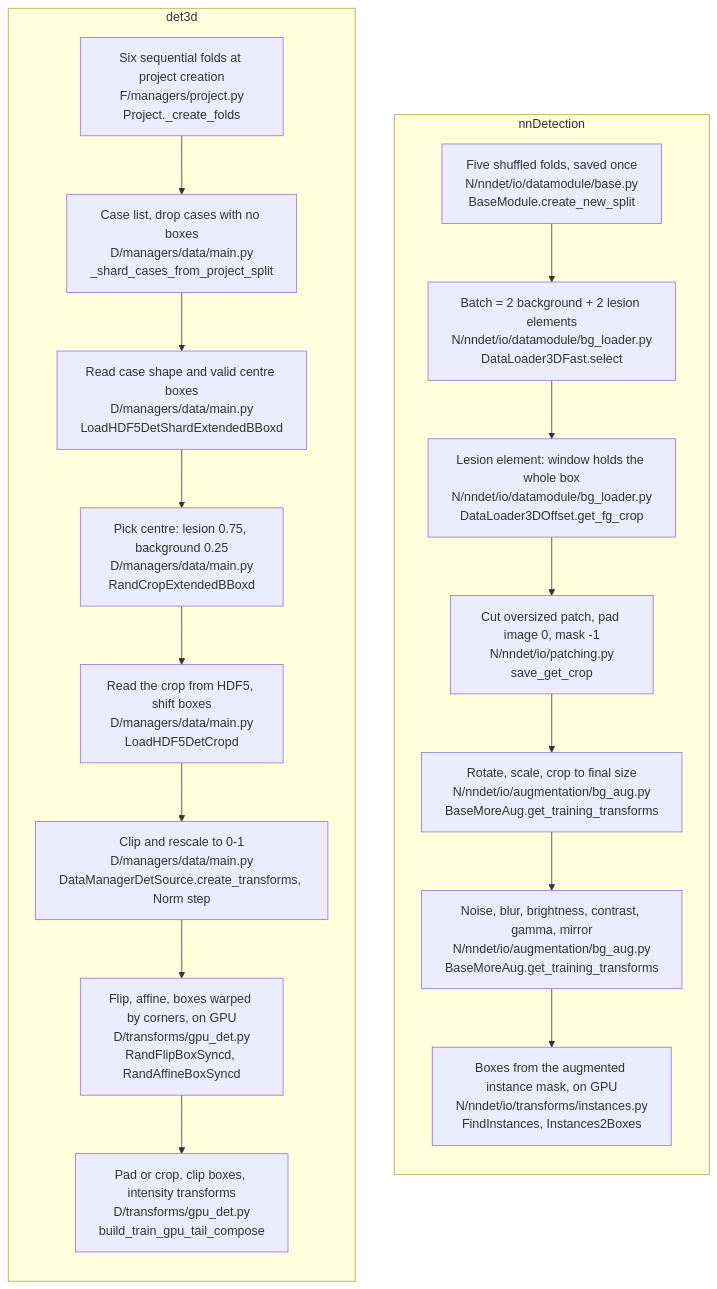
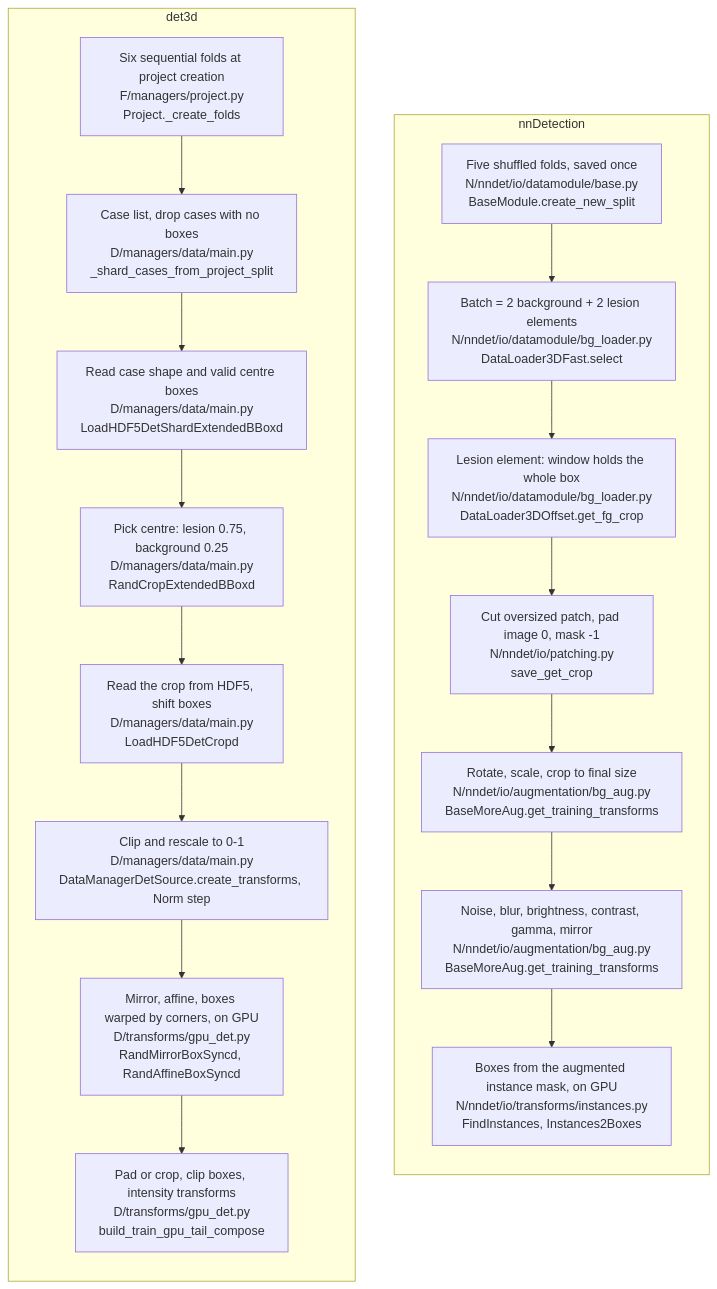
Before and after one commit to drusmanbashir/det3d: the diagram in docs/integration/4-data-loading.md, drawn with Mermaid. The commit also changed other lines of this file and 14 other files, not shown here.

````diff
--- a/docs/integration/4-data-loading.md
+++ b/docs/integration/4-data-loading.md
@@ -7,26 +7,26 @@
 ```mermaid
 flowchart TB
   subgraph NN["nnDetection"]
     direction TB
     n1["Five shuffled folds, saved once<br/>N/nndet/io/datamodule/base.py<br/>BaseModule.create_new_split"]
     n2["Batch = 2 background + 2 lesion elements<br/>N/nndet/io/datamodule/bg_loader.py<br/>DataLoader3DFast.select"]
     n3["Lesion element: window holds the whole box<br/>N/nndet/io/datamodule/bg_loader.py<br/>DataLoader3DOffset.get_fg_crop"]
     n4["Cut oversized patch, pad image 0, mask -1<br/>N/nndet/io/patching.py<br/>save_get_crop"]
     n5["Rotate, scale, crop to final size<br/>N/nndet/io/augmentation/bg_aug.py<br/>BaseMoreAug.get_training_transforms"]
     n6["Noise, blur, brightness, contrast, gamma, mirror<br/>N/nndet/io/augmentation/bg_aug.py<br/>BaseMoreAug.get_training_transforms"]
     n7["Boxes from the augmented instance mask, on GPU<br/>N/nndet/io/transforms/instances.py<br/>FindInstances, Instances2Boxes"]
     n1 --> n2 --> n3 --> n4 --> n5 --> n6 --> n7
   end
   subgraph DT["det3d"]
     direction TB
     d1["Six sequential folds at project creation<br/>F/managers/project.py<br/>Project._create_folds"]
     d2["Case list, drop cases with no boxes<br/>D/managers/data/main.py<br/>_shard_cases_from_project_split"]
     d3["Read case shape and valid centre boxes<br/>D/managers/data/main.py<br/>LoadHDF5DetShardExtendedBBoxd"]
     d4["Pick centre: lesion 0.75, background 0.25<br/>D/managers/data/main.py<br/>RandCropExtendedBBoxd"]
     d5["Read the crop from HDF5, shift boxes<br/>D/managers/data/main.py<br/>LoadHDF5DetCropd"]
     d6["Clip and rescale to 0-1<br/>D/managers/data/main.py<br/>DataManagerDetSource.create_transforms, Norm step"]
-    d7["Flip, affine, boxes warped by corners, on GPU<br/>D/transforms/gpu_det.py<br/>RandFlipBoxSyncd, RandAffineBoxSyncd"]
+    d7["Mirror, affine, boxes warped by corners, on GPU<br/>D/transforms/gpu_det.py<br/>RandMirrorBoxSyncd, RandAffineBoxSyncd"]
     d8["Pad or crop, clip boxes, intensity transforms<br/>D/transforms/gpu_det.py<br/>build_train_gpu_tail_compose"]
     d1 --> d2 --> d3 --> d4 --> d5 --> d6 --> d7 --> d8
   end
 ```
````
